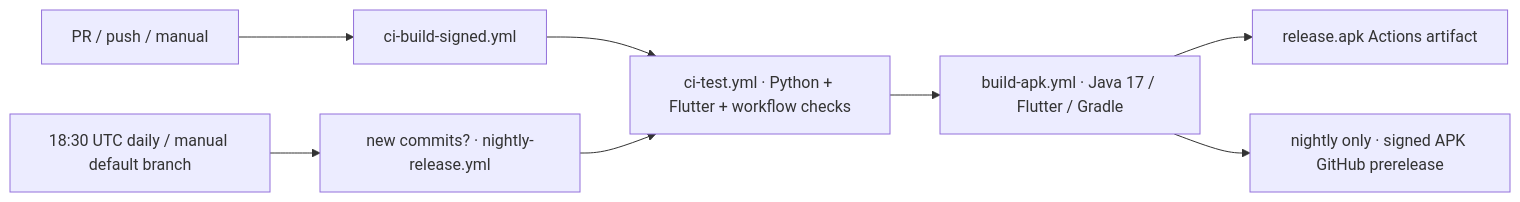
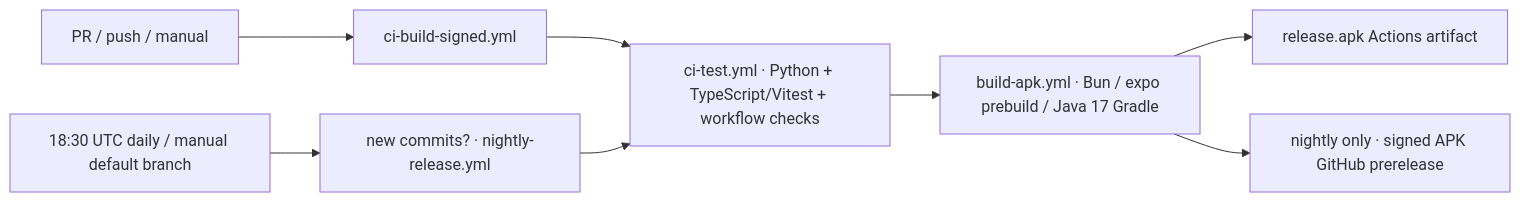
The second of 2 diagrams in ARCHITECTURE.md (omsenjalia/weathergpt-android), drawn with Mermaid before and after one commit. The commit also changed other lines of this file and 295 other files, not shown here.

````diff
--- a/ARCHITECTURE.md
+++ b/ARCHITECTURE.md
@@ -262,10 +262,10 @@
 ```mermaid
 flowchart LR
   PR["PR / push / manual"] --> CI["ci-build-signed.yml"]
-  CI --> Tests["ci-test.yml · Python + Flutter + workflow checks"]
-  Tests --> APK["build-apk.yml · Java 17 / Flutter / Gradle"]
+  CI --> Tests["ci-test.yml · Python + TypeScript/Vitest + workflow checks"]
+  Tests --> APK["build-apk.yml · Bun / expo prebuild / Java 17 Gradle"]
   APK --> Artifact["release.apk Actions artifact"]
   Schedule["18:30 UTC daily / manual default branch"] --> Gate["new commits? · nightly-release.yml"]
   Gate --> Tests
   APK --> Release["nightly only · signed APK GitHub prerelease"]
 ```
````
